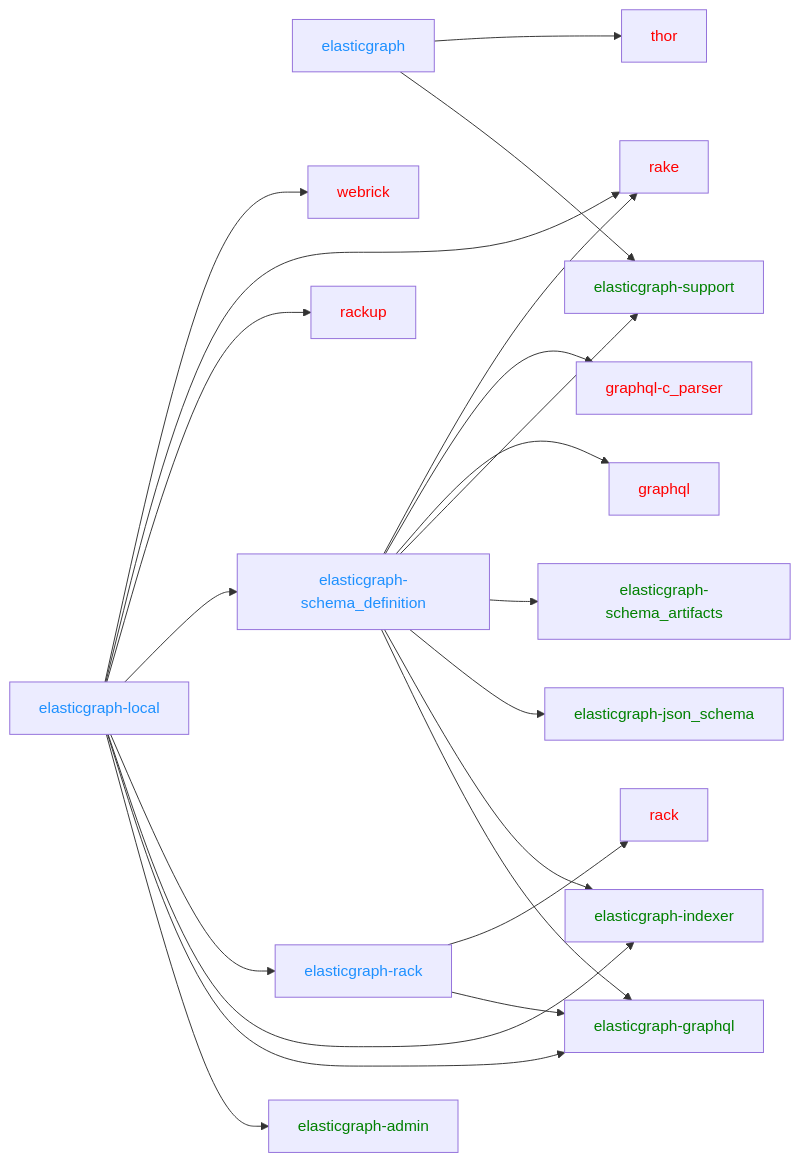
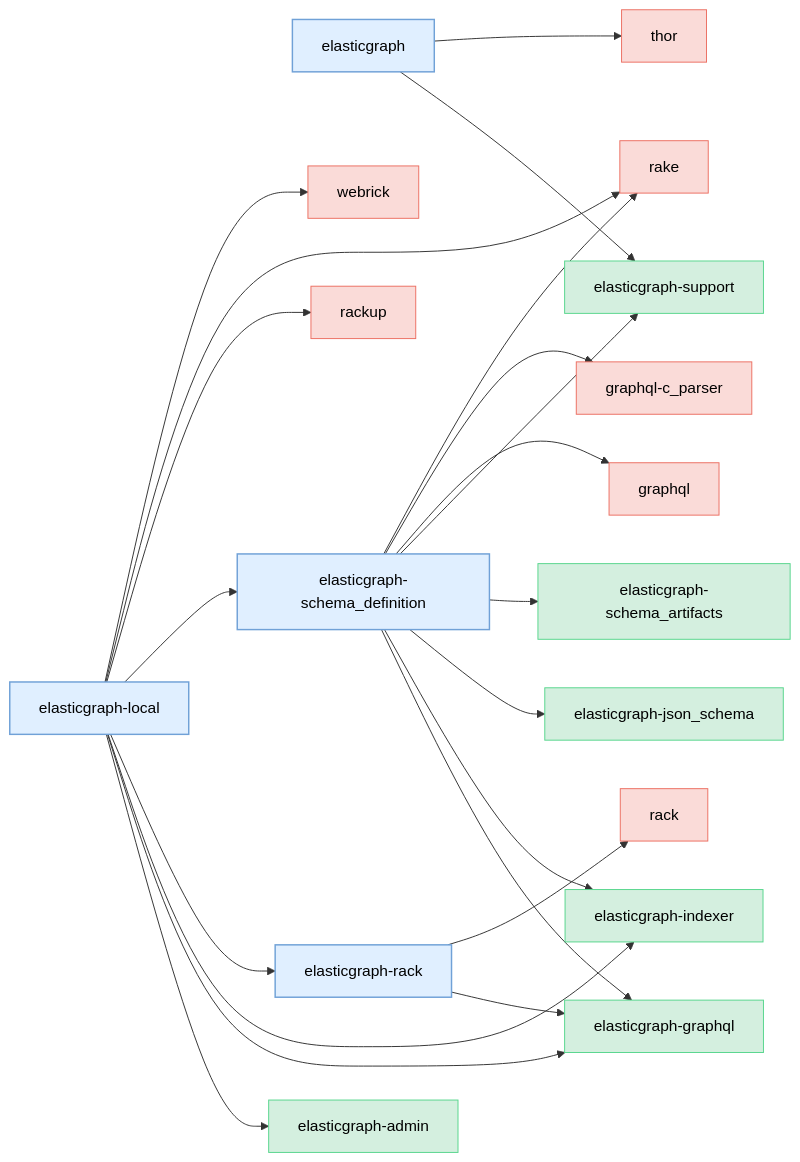
One commit to block/elasticgraph changed the fifth of 5 diagrams in CODEBASE_OVERVIEW.md. Above: the diagram before and after it, drawn with Mermaid. The commit also changed other lines of this file and 23 other files, not shown here.

````diff
--- a/CODEBASE_OVERVIEW.md
+++ b/CODEBASE_OVERVIEW.md
@@ -171,31 +275,67 @@
 ```mermaid
 graph LR;
-    elasticgraph --> elasticgraph-support & thor
-    elasticgraph-local --> elasticgraph-admin & elasticgraph-graphql & elasticgraph-indexer & elasticgraph-rack & elasticgraph-schema_definition & rackup & rake & webrick
-    elasticgraph-rack --> elasticgraph-graphql & rack
-    elasticgraph-schema_definition --> elasticgraph-graphql & elasticgraph-indexer & elasticgraph-json_schema & elasticgraph-schema_artifacts & elasticgraph-support & graphql & graphql-c_parser & rake
-    style elasticgraph color:DodgerBlue;
-    style elasticgraph-local color:DodgerBlue;
-    style elasticgraph-rack color:DodgerBlue;
-    style elasticgraph-schema_definition color:DodgerBlue;
-    style elasticgraph-support color:Green;
-    style thor color:Red;
-    style elasticgraph-admin color:Green;
-    style elasticgraph-graphql color:Green;
-    style elasticgraph-indexer color:Green;
-    style rackup color:Red;
-    style rake color:Red;
-    style webrick color:Red;
-    style rack color:Red;
-    style elasticgraph-json_schema color:Green;
-    style elasticgraph-schema_artifacts color:Green;
-    style graphql color:Red;
-    style graphql-c_parser color:Red;
-click graphql href "https://rubygems.org/gems/graphql" "Open on RubyGems.org" _blank;
-click graphql-c_parser href "https://rubygems.org/gems/graphql-c_parser" "Open on RubyGems.org" _blank;
-click rack href "https://rubygems.org/gems/rack" "Open on RubyGems.org" _blank;
-click rackup href "https://rubygems.org/gems/rackup" "Open on RubyGems.org" _blank;
-click rake href "https://rubygems.org/gems/rake" "Open on RubyGems.org" _blank;
-click thor href "https://rubygems.org/gems/thor" "Open on RubyGems.org" _blank;
-click webrick href "https://rubygems.org/gems/webrick" "Open on RubyGems.org" _blank;
+    classDef currentCategoryGemStyle fill:#E0EFFF,stroke:#70A1D7,color:#000,stroke-width:1.5px;
+    classDef otherEgGemStyle fill:#D4EFDF,stroke:#58D68D,color:#000;
+    classDef externalGemCatStyle fill:#FADBD8,stroke:#EC7063,color:#000;
+    elasticgraph["elasticgraph"];
+    elasticgraph-support["elasticgraph-support"];
+    thor["thor"];
+    elasticgraph-local["elasticgraph-local"];
+    elasticgraph-admin["elasticgraph-admin"];
+    elasticgraph-graphql["elasticgraph-graphql"];
+    elasticgraph-indexer["elasticgraph-indexer"];
+    elasticgraph-rack["elasticgraph-rack"];
+    elasticgraph-schema_definition["elasticgraph-schema_definition"];
+    rackup["rackup"];
+    rake["rake"];
+    webrick["webrick"];
+    rack["rack"];
+    elasticgraph-json_schema["elasticgraph-json_schema"];
+    elasticgraph-schema_artifacts["elasticgraph-schema_artifacts"];
+    graphql["graphql"];
+    graphql-c_parser["graphql-c_parser"];
+    elasticgraph --> elasticgraph-support;
+    elasticgraph --> thor;
+    elasticgraph-local --> elasticgraph-admin;
+    elasticgraph-local --> elasticgraph-graphql;
+    elasticgraph-local --> elasticgraph-indexer;
+    elasticgraph-local --> elasticgraph-rack;
+    elasticgraph-local --> elasticgraph-schema_definition;
+    elasticgraph-local --> rackup;
+    elasticgraph-local --> rake;
+    elasticgraph-local --> webrick;
+    elasticgraph-rack --> elasticgraph-graphql;
+    elasticgraph-rack --> rack;
+    elasticgraph-schema_definition --> elasticgraph-graphql;
+    elasticgraph-schema_definition --> elasticgraph-indexer;
+    elasticgraph-schema_definition --> elasticgraph-json_schema;
+    elasticgraph-schema_definition --> elasticgraph-schema_artifacts;
+    elasticgraph-schema_definition --> elasticgraph-support;
+    elasticgraph-schema_definition --> graphql;
+    elasticgraph-schema_definition --> graphql-c_parser;
+    elasticgraph-schema_definition --> rake;
+    class elasticgraph currentCategoryGemStyle;
+    class elasticgraph-support otherEgGemStyle;
+    class thor externalGemCatStyle;
+    class elasticgraph-local currentCategoryGemStyle;
+    class elasticgraph-admin otherEgGemStyle;
+    class elasticgraph-graphql otherEgGemStyle;
+    class elasticgraph-indexer otherEgGemStyle;
+    class elasticgraph-rack currentCategoryGemStyle;
+    class elasticgraph-schema_definition currentCategoryGemStyle;
+    class rackup externalGemCatStyle;
+    class rake externalGemCatStyle;
+    class webrick externalGemCatStyle;
+    class rack externalGemCatStyle;
+    class elasticgraph-json_schema otherEgGemStyle;
+    class elasticgraph-schema_artifacts otherEgGemStyle;
+    class graphql externalGemCatStyle;
+    class graphql-c_parser externalGemCatStyle;
+    click thor href "https://rubygems.org/gems/thor" "Open on RubyGems.org" _blank;
+    click rackup href "https://rubygems.org/gems/rackup" "Open on RubyGems.org" _blank;
+    click rake href "https://rubygems.org/gems/rake" "Open on RubyGems.org" _blank;
+    click webrick href "https://rubygems.org/gems/webrick" "Open on RubyGems.org" _blank;
+    click rack href "https://rubygems.org/gems/rack" "Open on RubyGems.org" _blank;
+    click graphql href "https://rubygems.org/gems/graphql" "Open on RubyGems.org" _blank;
+    click graphql-c_parser href "https://rubygems.org/gems/graphql-c_parser" "Open on RubyGems.org" _blank;
 ```
````
